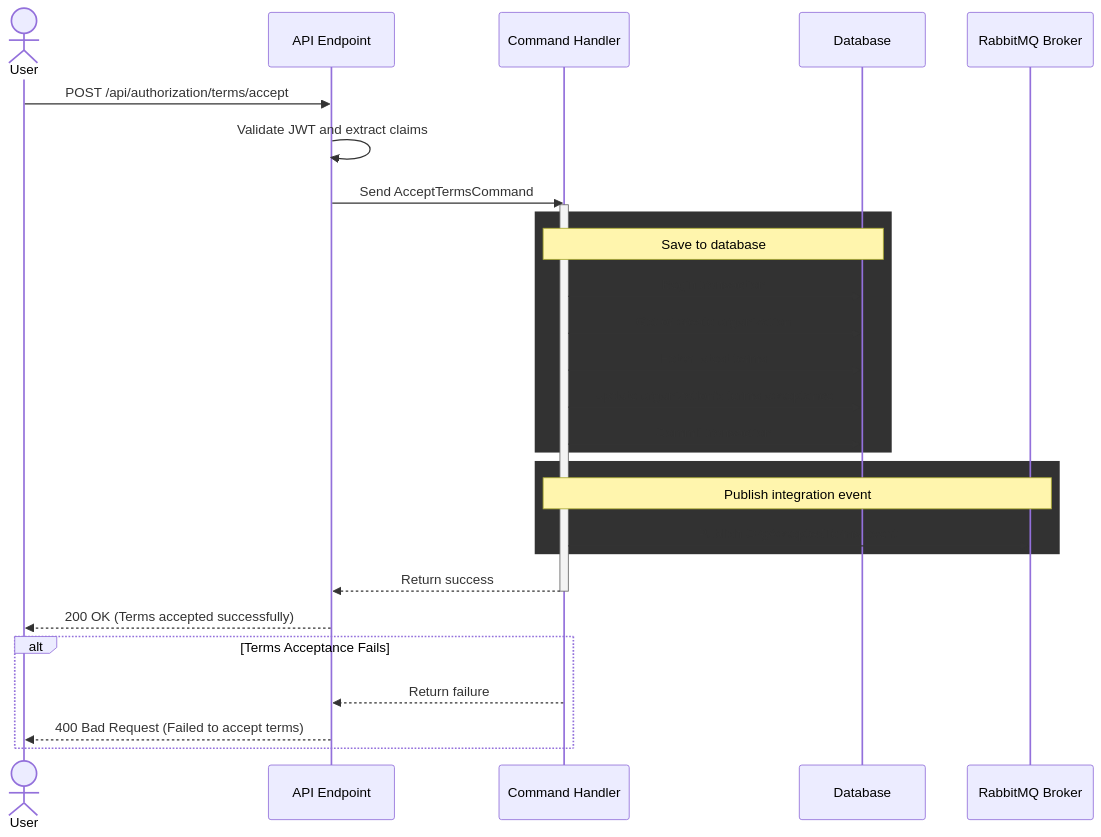
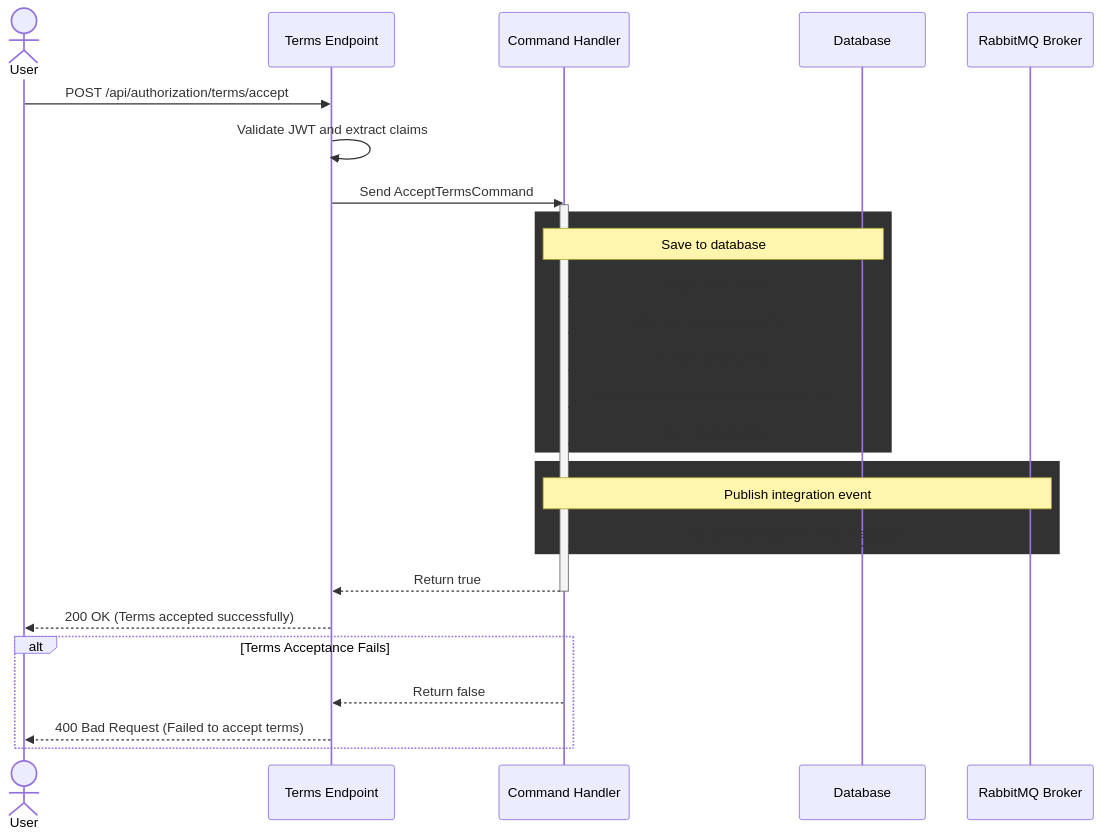
The diagram in doc/architecture/domains/authorization/features/accept-terms.md (Energinet-DataHub/energy-origin), drawn with Mermaid before and after one commit.

Commit message:
Update accept-terms sequence diagram

````diff
--- a/doc/architecture/domains/authorization/features/accept-terms.md
+++ b/doc/architecture/domains/authorization/features/accept-terms.md
@@ -11,37 +11,37 @@
 ```mermaid
 sequenceDiagram
     actor User
-    participant API as API Endpoint
+    participant API as Terms Endpoint
     participant Handler as Command Handler
     participant DB as Database
     participant RabbitMQ as RabbitMQ Broker
 
     User->>API: POST /api/authorization/terms/accept
     API->>API: Validate JWT and extract claims
     API->>Handler: Send AcceptTermsCommand
 
     activate Handler
     rect rgb(50, 50, 50)
         note over Handler, DB: Save to database
         Handler->>DB: Begin transaction
         Handler->>DB: Get or create organization
         Handler->>DB: Fetch latest terms
         Handler->>DB: Update organization's terms acceptance
         Handler->>DB: Commit transaction
     end
 
     rect rgb(50, 50, 50)
         note over Handler, RabbitMQ: Publish integration event
-        Handler->>RabbitMQ: Publish OrgAcceptedTerms event
+        Handler->>RabbitMQ: Send OrgAcceptedTerms message
     end
 
-    Handler-->>API: Return success
+    Handler-->>API: Return true
     deactivate Handler
 
     API-->>User: 200 OK (Terms accepted successfully)
 
     alt Terms Acceptance Fails
-        Handler-->>API: Return failure
+        Handler-->>API: Return false
         API-->>User: 400 Bad Request (Failed to accept terms)
     end
 ```
````
